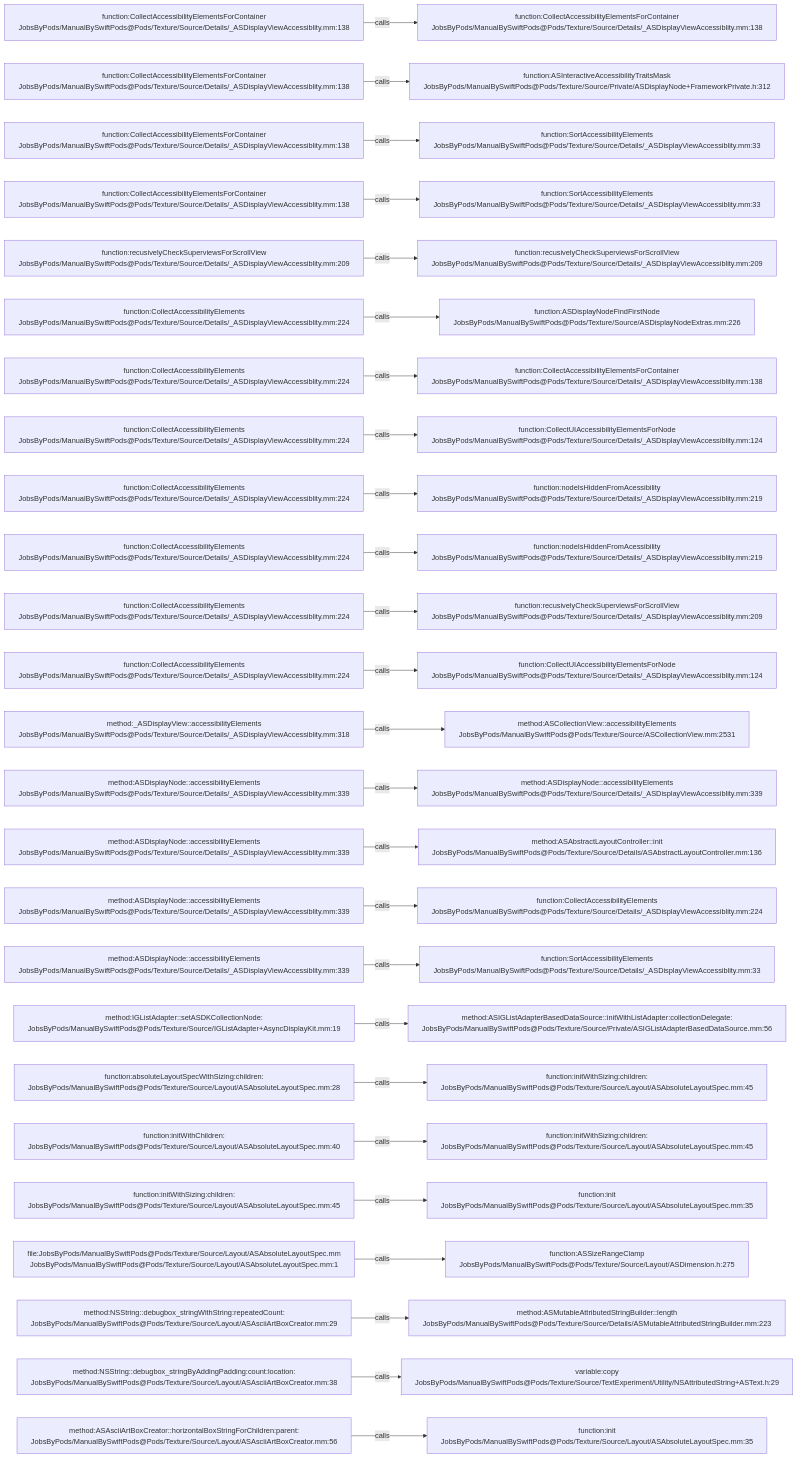
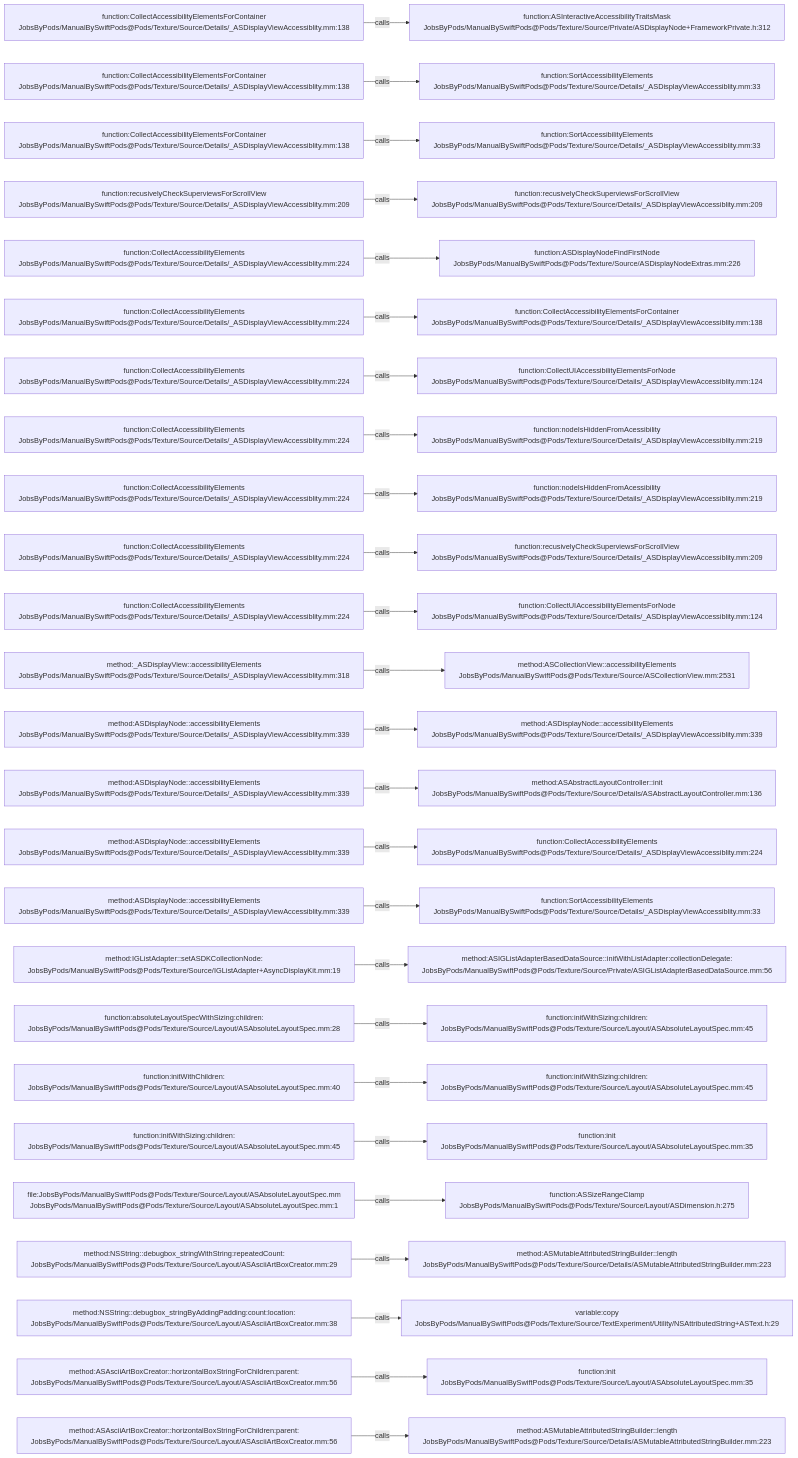
The diagram in .codegraph/codegraph.md/graphs/calls-104.md (JobsKits/JobsSwiftBaseConfigDemo), drawn with Mermaid before and after one commit. The commit also changed 747 other files, not shown here.

````diff
--- a/.codegraph/codegraph.md/graphs/calls-104.md
+++ b/.codegraph/codegraph.md/graphs/calls-104.md
@@ -13,78 +13,78 @@
 ```mermaid
 flowchart LR
   S1["function:CollectAccessibilityElementsForContainer<br/>JobsByPods/ManualBySwiftPods@Pods/Texture/Source/Details/_ASDisplayViewAccessiblity.mm:138"]
-  T1["function:CollectAccessibilityElementsForContainer<br/>JobsByPods/ManualBySwiftPods@Pods/Texture/Source/Details/_ASDisplayViewAccessiblity.mm:138"]
+  T1["function:ASInteractiveAccessibilityTraitsMask<br/>JobsByPods/ManualBySwiftPods@Pods/Texture/Source/Private/ASDisplayNode+FrameworkPrivate.h:312"]
   S1 -->|calls| T1
   S2["function:CollectAccessibilityElementsForContainer<br/>JobsByPods/ManualBySwiftPods@Pods/Texture/Source/Details/_ASDisplayViewAccessiblity.mm:138"]
-  T2["function:ASInteractiveAccessibilityTraitsMask<br/>JobsByPods/ManualBySwiftPods@Pods/Texture/Source/Private/ASDisplayNode+FrameworkPrivate.h:312"]
+  T2["function:SortAccessibilityElements<br/>JobsByPods/ManualBySwiftPods@Pods/Texture/Source/Details/_ASDisplayViewAccessiblity.mm:33"]
   S2 -->|calls| T2
   S3["function:CollectAccessibilityElementsForContainer<br/>JobsByPods/ManualBySwiftPods@Pods/Texture/Source/Details/_ASDisplayViewAccessiblity.mm:138"]
   T3["function:SortAccessibilityElements<br/>JobsByPods/ManualBySwiftPods@Pods/Texture/Source/Details/_ASDisplayViewAccessiblity.mm:33"]
   S3 -->|calls| T3
-  S4["function:CollectAccessibilityElementsForContainer<br/>JobsByPods/ManualBySwiftPods@Pods/Texture/Source/Details/_ASDisplayViewAccessiblity.mm:138"]
-  T4["function:SortAccessibilityElements<br/>JobsByPods/ManualBySwiftPods@Pods/Texture/Source/Details/_ASDisplayViewAccessiblity.mm:33"]
+  S4["function:recusivelyCheckSuperviewsForScrollView<br/>JobsByPods/ManualBySwiftPods@Pods/Texture/Source/Details/_ASDisplayViewAccessiblity.mm:209"]
+  T4["function:recusivelyCheckSuperviewsForScrollView<br/>JobsByPods/ManualBySwiftPods@Pods/Texture/Source/Details/_ASDisplayViewAccessiblity.mm:209"]
   S4 -->|calls| T4
-  S5["function:recusivelyCheckSuperviewsForScrollView<br/>JobsByPods/ManualBySwiftPods@Pods/Texture/Source/Details/_ASDisplayViewAccessiblity.mm:209"]
-  T5["function:recusivelyCheckSuperviewsForScrollView<br/>JobsByPods/ManualBySwiftPods@Pods/Texture/Source/Details/_ASDisplayViewAccessiblity.mm:209"]
+  S5["function:CollectAccessibilityElements<br/>JobsByPods/ManualBySwiftPods@Pods/Texture/Source/Details/_ASDisplayViewAccessiblity.mm:224"]
+  T5["function:ASDisplayNodeFindFirstNode<br/>JobsByPods/ManualBySwiftPods@Pods/Texture/Source/ASDisplayNodeExtras.mm:226"]
   S5 -->|calls| T5
   S6["function:CollectAccessibilityElements<br/>JobsByPods/ManualBySwiftPods@Pods/Texture/Source/Details/_ASDisplayViewAccessiblity.mm:224"]
-  T6["function:ASDisplayNodeFindFirstNode<br/>JobsByPods/ManualBySwiftPods@Pods/Texture/Source/ASDisplayNodeExtras.mm:226"]
+  T6["function:CollectAccessibilityElementsForContainer<br/>JobsByPods/ManualBySwiftPods@Pods/Texture/Source/Details/_ASDisplayViewAccessiblity.mm:138"]
   S6 -->|calls| T6
   S7["function:CollectAccessibilityElements<br/>JobsByPods/ManualBySwiftPods@Pods/Texture/Source/Details/_ASDisplayViewAccessiblity.mm:224"]
-  T7["function:CollectAccessibilityElementsForContainer<br/>JobsByPods/ManualBySwiftPods@Pods/Texture/Source/Details/_ASDisplayViewAccessiblity.mm:138"]
+  T7["function:CollectUIAccessibilityElementsForNode<br/>JobsByPods/ManualBySwiftPods@Pods/Texture/Source/Details/_ASDisplayViewAccessiblity.mm:124"]
   S7 -->|calls| T7
   S8["function:CollectAccessibilityElements<br/>JobsByPods/ManualBySwiftPods@Pods/Texture/Source/Details/_ASDisplayViewAccessiblity.mm:224"]
-  T8["function:CollectUIAccessibilityElementsForNode<br/>JobsByPods/ManualBySwiftPods@Pods/Texture/Source/Details/_ASDisplayViewAccessiblity.mm:124"]
+  T8["function:nodeIsHiddenFromAcessibility<br/>JobsByPods/ManualBySwiftPods@Pods/Texture/Source/Details/_ASDisplayViewAccessiblity.mm:219"]
   S8 -->|calls| T8
   S9["function:CollectAccessibilityElements<br/>JobsByPods/ManualBySwiftPods@Pods/Texture/Source/Details/_ASDisplayViewAccessiblity.mm:224"]
   T9["function:nodeIsHiddenFromAcessibility<br/>JobsByPods/ManualBySwiftPods@Pods/Texture/Source/Details/_ASDisplayViewAccessiblity.mm:219"]
   S9 -->|calls| T9
   S10["function:CollectAccessibilityElements<br/>JobsByPods/ManualBySwiftPods@Pods/Texture/Source/Details/_ASDisplayViewAccessiblity.mm:224"]
-  T10["function:nodeIsHiddenFromAcessibility<br/>JobsByPods/ManualBySwiftPods@Pods/Texture/Source/Details/_ASDisplayViewAccessiblity.mm:219"]
+  T10["function:recusivelyCheckSuperviewsForScrollView<br/>JobsByPods/ManualBySwiftPods@Pods/Texture/Source/Details/_ASDisplayViewAccessiblity.mm:209"]
   S10 -->|calls| T10
   S11["function:CollectAccessibilityElements<br/>JobsByPods/ManualBySwiftPods@Pods/Texture/Source/Details/_ASDisplayViewAccessiblity.mm:224"]
-  T11["function:recusivelyCheckSuperviewsForScrollView<br/>JobsByPods/ManualBySwiftPods@Pods/Texture/Source/Details/_ASDisplayViewAccessiblity.mm:209"]
+  T11["function:CollectUIAccessibilityElementsForNode<br/>JobsByPods/ManualBySwiftPods@Pods/Texture/Source/Details/_ASDisplayViewAccessiblity.mm:124"]
   S11 -->|calls| T11
-  S12["function:CollectAccessibilityElements<br/>JobsByPods/ManualBySwiftPods@Pods/Texture/Source/Details/_ASDisplayViewAccessiblity.mm:224"]
-  T12["function:CollectUIAccessibilityElementsForNode<br/>JobsByPods/ManualBySwiftPods@Pods/Texture/Source/Details/_ASDisplayViewAccessiblity.mm:124"]
+  S12["method:_ASDisplayView::accessibilityElements<br/>JobsByPods/ManualBySwiftPods@Pods/Texture/Source/Details/_ASDisplayViewAccessiblity.mm:318"]
+  T12["method:ASCollectionView::accessibilityElements<br/>JobsByPods/ManualBySwiftPods@Pods/Texture/Source/ASCollectionView.mm:2531"]
   S12 -->|calls| T12
-  S13["method:_ASDisplayView::accessibilityElements<br/>JobsByPods/ManualBySwiftPods@Pods/Texture/Source/Details/_ASDisplayViewAccessiblity.mm:318"]
-  T13["method:ASCollectionView::accessibilityElements<br/>JobsByPods/ManualBySwiftPods@Pods/Texture/Source/ASCollectionView.mm:2531"]
+  S13["method:ASDisplayNode::accessibilityElements<br/>JobsByPods/ManualBySwiftPods@Pods/Texture/Source/Details/_ASDisplayViewAccessiblity.mm:339"]
+  T13["method:ASDisplayNode::accessibilityElements<br/>JobsByPods/ManualBySwiftPods@Pods/Texture/Source/Details/_ASDisplayViewAccessiblity.mm:339"]
   S13 -->|calls| T13
   S14["method:ASDisplayNode::accessibilityElements<br/>JobsByPods/ManualBySwiftPods@Pods/Texture/Source/Details/_ASDisplayViewAccessiblity.mm:339"]
-  T14["method:ASDisplayNode::accessibilityElements<br/>JobsByPods/ManualBySwiftPods@Pods/Texture/Source/Details/_ASDisplayViewAccessiblity.mm:339"]
+  T14["method:ASAbstractLayoutController::init<br/>JobsByPods/ManualBySwiftPods@Pods/Texture/Source/Details/ASAbstractLayoutController.mm:136"]
   S14 -->|calls| T14
   S15["method:ASDisplayNode::accessibilityElements<br/>JobsByPods/ManualBySwiftPods@Pods/Texture/Source/Details/_ASDisplayViewAccessiblity.mm:339"]
-  T15["method:ASAbstractLayoutController::init<br/>JobsByPods/ManualBySwiftPods@Pods/Texture/Source/Details/ASAbstractLayoutController.mm:136"]
+  T15["function:CollectAccessibilityElements<br/>JobsByPods/ManualBySwiftPods@Pods/Texture/Source/Details/_ASDisplayViewAccessiblity.mm:224"]
   S15 -->|calls| T15
   S16["method:ASDisplayNode::accessibilityElements<br/>JobsByPods/ManualBySwiftPods@Pods/Texture/Source/Details/_ASDisplayViewAccessiblity.mm:339"]
-  T16["function:CollectAccessibilityElements<br/>JobsByPods/ManualBySwiftPods@Pods/Texture/Source/Details/_ASDisplayViewAccessiblity.mm:224"]
+  T16["function:SortAccessibilityElements<br/>JobsByPods/ManualBySwiftPods@Pods/Texture/Source/Details/_ASDisplayViewAccessiblity.mm:33"]
   S16 -->|calls| T16
-  S17["method:ASDisplayNode::accessibilityElements<br/>JobsByPods/ManualBySwiftPods@Pods/Texture/Source/Details/_ASDisplayViewAccessiblity.mm:339"]
-  T17["function:SortAccessibilityElements<br/>JobsByPods/ManualBySwiftPods@Pods/Texture/Source/Details/_ASDisplayViewAccessiblity.mm:33"]
+  S17["method:IGListAdapter::setASDKCollectionNode:<br/>JobsByPods/ManualBySwiftPods@Pods/Texture/Source/IGListAdapter+AsyncDisplayKit.mm:19"]
+  T17["method:ASIGListAdapterBasedDataSource::initWithListAdapter:collectionDelegate:<br/>JobsByPods/ManualBySwiftPods@Pods/Texture/Source/Private/ASIGListAdapterBasedDataSource.mm:56"]
   S17 -->|calls| T17
-  S18["method:IGListAdapter::setASDKCollectionNode:<br/>JobsByPods/ManualBySwiftPods@Pods/Texture/Source/IGListAdapter+AsyncDisplayKit.mm:19"]
-  T18["method:ASIGListAdapterBasedDataSource::initWithListAdapter:collectionDelegate:<br/>JobsByPods/ManualBySwiftPods@Pods/Texture/Source/Private/ASIGListAdapterBasedDataSource.mm:56"]
+  S18["function:absoluteLayoutSpecWithSizing:children:<br/>JobsByPods/ManualBySwiftPods@Pods/Texture/Source/Layout/ASAbsoluteLayoutSpec.mm:28"]
+  T18["function:initWithSizing:children:<br/>JobsByPods/ManualBySwiftPods@Pods/Texture/Source/Layout/ASAbsoluteLayoutSpec.mm:45"]
   S18 -->|calls| T18
-  S19["function:absoluteLayoutSpecWithSizing:children:<br/>JobsByPods/ManualBySwiftPods@Pods/Texture/Source/Layout/ASAbsoluteLayoutSpec.mm:28"]
+  S19["function:initWithChildren:<br/>JobsByPods/ManualBySwiftPods@Pods/Texture/Source/Layout/ASAbsoluteLayoutSpec.mm:40"]
   T19["function:initWithSizing:children:<br/>JobsByPods/ManualBySwiftPods@Pods/Texture/Source/Layout/ASAbsoluteLayoutSpec.mm:45"]
   S19 -->|calls| T19
-  S20["function:initWithChildren:<br/>JobsByPods/ManualBySwiftPods@Pods/Texture/Source/Layout/ASAbsoluteLayoutSpec.mm:40"]
-  T20["function:initWithSizing:children:<br/>JobsByPods/ManualBySwiftPods@Pods/Texture/Source/Layout/ASAbsoluteLayoutSpec.mm:45"]
+  S20["function:initWithSizing:children:<br/>JobsByPods/ManualBySwiftPods@Pods/Texture/Source/Layout/ASAbsoluteLayoutSpec.mm:45"]
+  T20["function:init<br/>JobsByPods/ManualBySwiftPods@Pods/Texture/Source/Layout/ASAbsoluteLayoutSpec.mm:35"]
   S20 -->|calls| T20
-  S21["function:initWithSizing:children:<br/>JobsByPods/ManualBySwiftPods@Pods/Texture/Source/Layout/ASAbsoluteLayoutSpec.mm:45"]
-  T21["function:init<br/>JobsByPods/ManualBySwiftPods@Pods/Texture/Source/Layout/ASAbsoluteLayoutSpec.mm:35"]
+  S21["file:JobsByPods/ManualBySwiftPods@Pods/Texture/Source/Layout/ASAbsoluteLayoutSpec.mm<br/>JobsByPods/ManualBySwiftPods@Pods/Texture/Source/Layout/ASAbsoluteLayoutSpec.mm:1"]
+  T21["function:ASSizeRangeClamp<br/>JobsByPods/ManualBySwiftPods@Pods/Texture/Source/Layout/ASDimension.h:275"]
   S21 -->|calls| T21
-  S22["file:JobsByPods/ManualBySwiftPods@Pods/Texture/Source/Layout/ASAbsoluteLayoutSpec.mm<br/>JobsByPods/ManualBySwiftPods@Pods/Texture/Source/Layout/ASAbsoluteLayoutSpec.mm:1"]
-  T22["function:ASSizeRangeClamp<br/>JobsByPods/ManualBySwiftPods@Pods/Texture/Source/Layout/ASDimension.h:275"]
+  S22["method:NSString::debugbox_stringWithString:repeatedCount:<br/>JobsByPods/ManualBySwiftPods@Pods/Texture/Source/Layout/ASAsciiArtBoxCreator.mm:29"]
+  T22["method:ASMutableAttributedStringBuilder::length<br/>JobsByPods/ManualBySwiftPods@Pods/Texture/Source/Details/ASMutableAttributedStringBuilder.mm:223"]
   S22 -->|calls| T22
-  S23["method:NSString::debugbox_stringWithString:repeatedCount:<br/>JobsByPods/ManualBySwiftPods@Pods/Texture/Source/Layout/ASAsciiArtBoxCreator.mm:29"]
-  T23["method:ASMutableAttributedStringBuilder::length<br/>JobsByPods/ManualBySwiftPods@Pods/Texture/Source/Details/ASMutableAttributedStringBuilder.mm:223"]
+  S23["method:NSString::debugbox_stringByAddingPadding:count:location:<br/>JobsByPods/ManualBySwiftPods@Pods/Texture/Source/Layout/ASAsciiArtBoxCreator.mm:38"]
+  T23["variable:copy<br/>JobsByPods/ManualBySwiftPods@Pods/Texture/Source/TextExperiment/Utility/NSAttributedString+ASText.h:29"]
   S23 -->|calls| T23
-  S24["method:NSString::debugbox_stringByAddingPadding:count:location:<br/>JobsByPods/ManualBySwiftPods@Pods/Texture/Source/Layout/ASAsciiArtBoxCreator.mm:38"]
-  T24["variable:copy<br/>JobsByPods/ManualBySwiftPods@Pods/Texture/Source/TextExperiment/Utility/NSAttributedString+ASText.h:29"]
+  S24["method:ASAsciiArtBoxCreator::horizontalBoxStringForChildren:parent:<br/>JobsByPods/ManualBySwiftPods@Pods/Texture/Source/Layout/ASAsciiArtBoxCreator.mm:56"]
+  T24["function:init<br/>JobsByPods/ManualBySwiftPods@Pods/Texture/Source/Layout/ASAbsoluteLayoutSpec.mm:35"]
   S24 -->|calls| T24
   S25["method:ASAsciiArtBoxCreator::horizontalBoxStringForChildren:parent:<br/>JobsByPods/ManualBySwiftPods@Pods/Texture/Source/Layout/ASAsciiArtBoxCreator.mm:56"]
-  T25["function:init<br/>JobsByPods/ManualBySwiftPods@Pods/Texture/Source/Layout/ASAbsoluteLayoutSpec.mm:35"]
+  T25["method:ASMutableAttributedStringBuilder::length<br/>JobsByPods/ManualBySwiftPods@Pods/Texture/Source/Details/ASMutableAttributedStringBuilder.mm:223"]
   S25 -->|calls| T25
 ```
````
